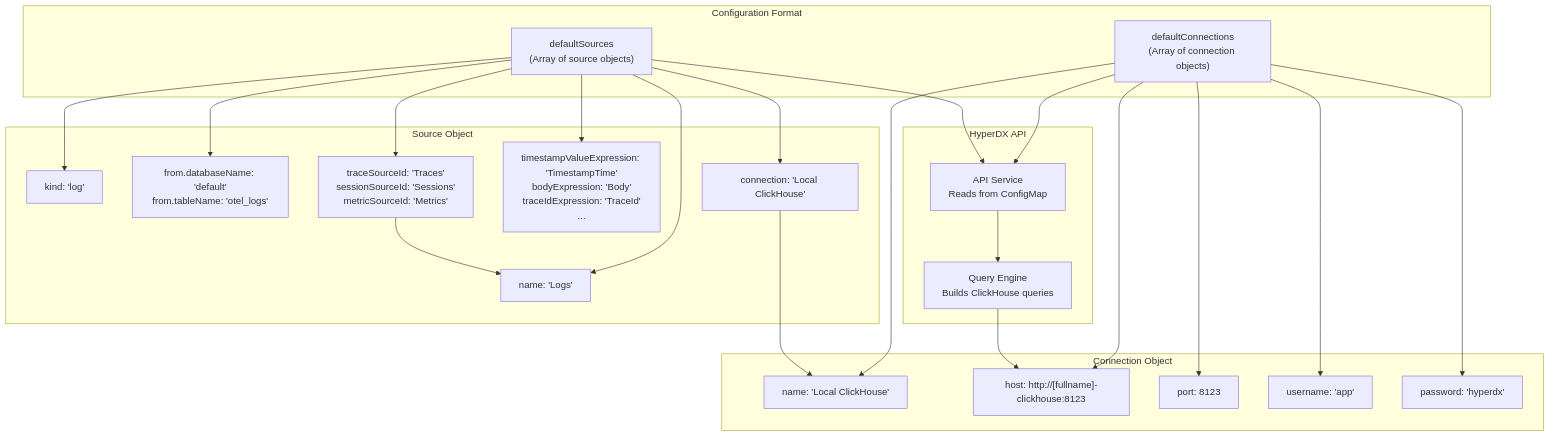
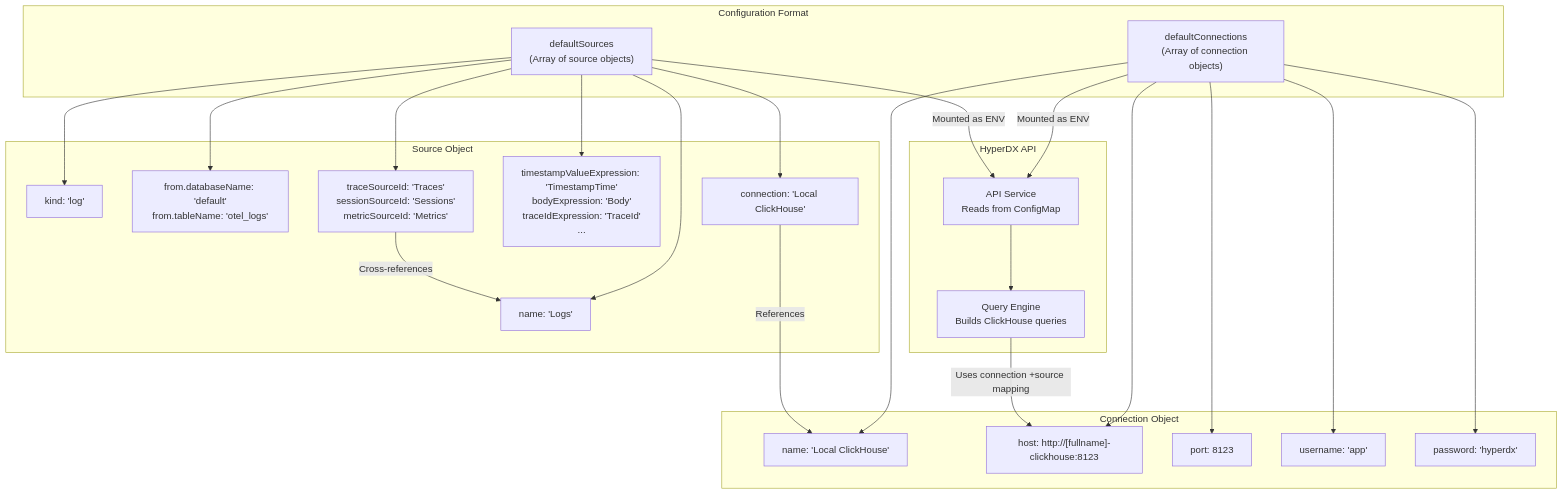
One commit to openchoreo/openchoreo changed the fifth of 7 diagrams in docs/hyperdxio-helm-charts-docs/Data-Flow-and-Integration.md. Above: the diagram before and after it, drawn with Mermaid. The commit also changed other lines of this file and 85 other files, not shown here.

Commit message:
feat: Add new workflow and specification templates, update Helm chart dependencies, and clarify documentation diagrams.

````diff
--- a/docs/hyperdxio-helm-charts-docs/Data-Flow-and-Integration.md
+++ b/docs/hyperdxio-helm-charts-docs/Data-Flow-and-Integration.md
@@ -377,64 +377,64 @@
 ```mermaid
 flowchart TD
 
 Connections["defaultConnections<br>(Array of connection objects)"]
 Sources["defaultSources<br>(Array of source objects)"]
 ConnName["name: 'Local ClickHouse'"]
 ConnHost["host: http://[fullname]-clickhouse:8123"]
 ConnPort["port: 8123"]
 ConnUser["username: 'app'"]
 ConnPass["password: 'hyperdx'"]
 SrcName["name: 'Logs'"]
 SrcKind["kind: 'log'"]
 SrcFrom["from.databaseName: 'default'<br>from.tableName: 'otel_logs'"]
 SrcConn["connection: 'Local ClickHouse'"]
 SrcExpr["timestampValueExpression: 'TimestampTime'<br>bodyExpression: 'Body'<br>traceIdExpression: 'TraceId'<br>..."]
 SrcLinks["traceSourceId: 'Traces'<br>sessionSourceId: 'Sessions'<br>metricSourceId: 'Metrics'"]
 API["API Service<br>Reads from ConfigMap"]
 QueryEngine["Query Engine<br>Builds ClickHouse queries"]
 
 Connections --> ConnName
 Connections --> ConnHost
 Connections --> ConnPort
 Connections --> ConnUser
 Connections --> ConnPass
 Sources --> SrcName
 Sources --> SrcKind
 Sources --> SrcFrom
 Sources --> SrcConn
 Sources --> SrcExpr
 Sources --> SrcLinks
-Connections --> API
-Sources --> API
-SrcConn --> ConnName
-QueryEngine --> ConnHost
+Connections -->|"Mounted as ENV"| API
+Sources -->|"Mounted as ENV"| API
+SrcConn -->|"References"| ConnName
+QueryEngine -->|"Uses connection +source mapping"| ConnHost
 
 subgraph subGraph3 ["HyperDX API"]
     API
     QueryEngine
     API --> QueryEngine
 end
 
 subgraph subGraph2 ["Source Object"]
     SrcName
     SrcKind
     SrcFrom
     SrcConn
     SrcExpr
     SrcLinks
-    SrcLinks --> SrcName
+    SrcLinks -->|"Cross-references"| SrcName
 end
 
 subgraph subGraph1 ["Connection Object"]
     ConnName
     ConnHost
     ConnPort
     ConnUser
     ConnPass
 end
 
 subgraph subGraph0 ["Configuration Format"]
     Connections
     Sources
 end
 ```
````
